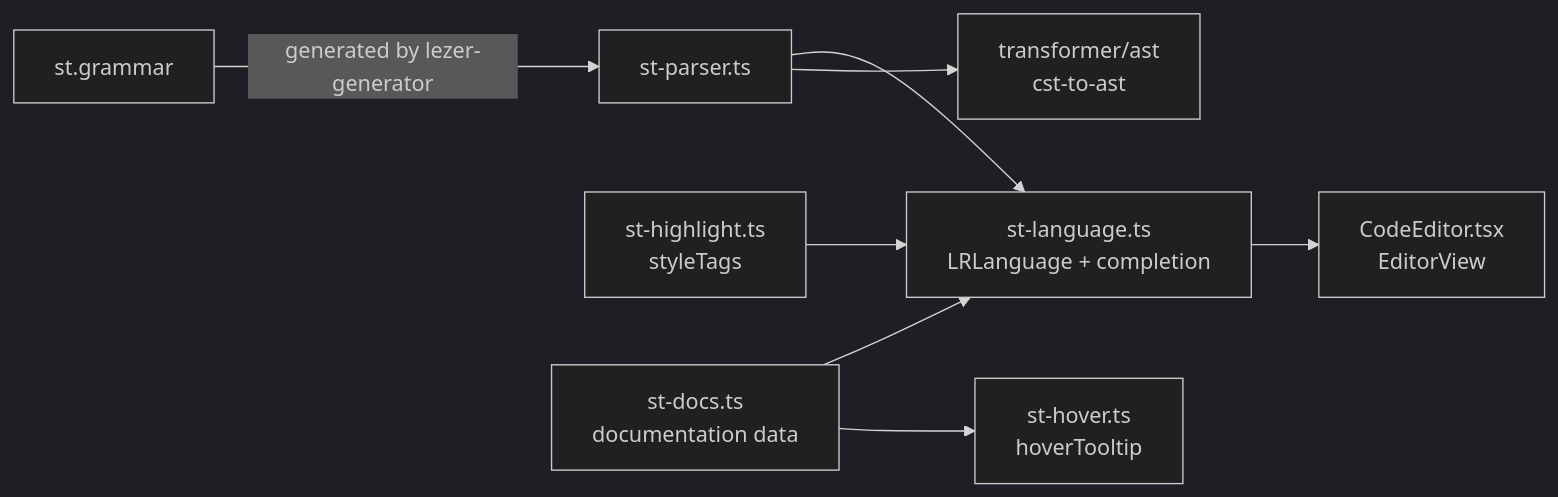
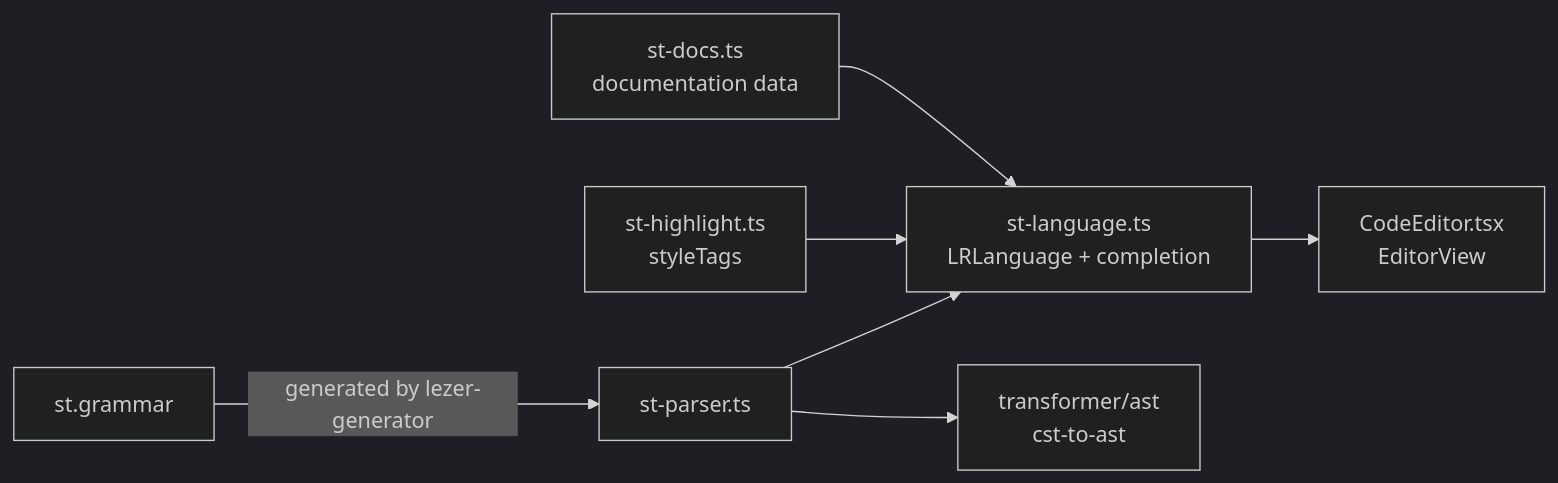
Before and after one commit to midea-ai/SemaPLC: the first of 2 diagrams in docs/en/wiki/web/st-language.md, drawn with Mermaid (dark theme). The commit also changed other lines of this file and 25 other files, not shown here.

````diff
--- a/docs/en/wiki/web/st-language.md
+++ b/docs/en/wiki/web/st-language.md
@@ -5,10 +5,9 @@
 ```mermaid
 flowchart LR
     G[st.grammar] -->|generated by lezer-generator| P[st-parser.ts]
     P --> LANG["st-language.ts<br/>LRLanguage + completion"]
     H[st-highlight.ts<br/>styleTags] --> LANG
     D[st-docs.ts<br/>documentation data] --> LANG
-    D --> HOV[st-hover.ts<br/>hoverTooltip]
     LANG --> CM["CodeEditor.tsx<br/>EditorView"]
     P --> AST["transformer/ast<br/>cst-to-ast"]
 ```
````
